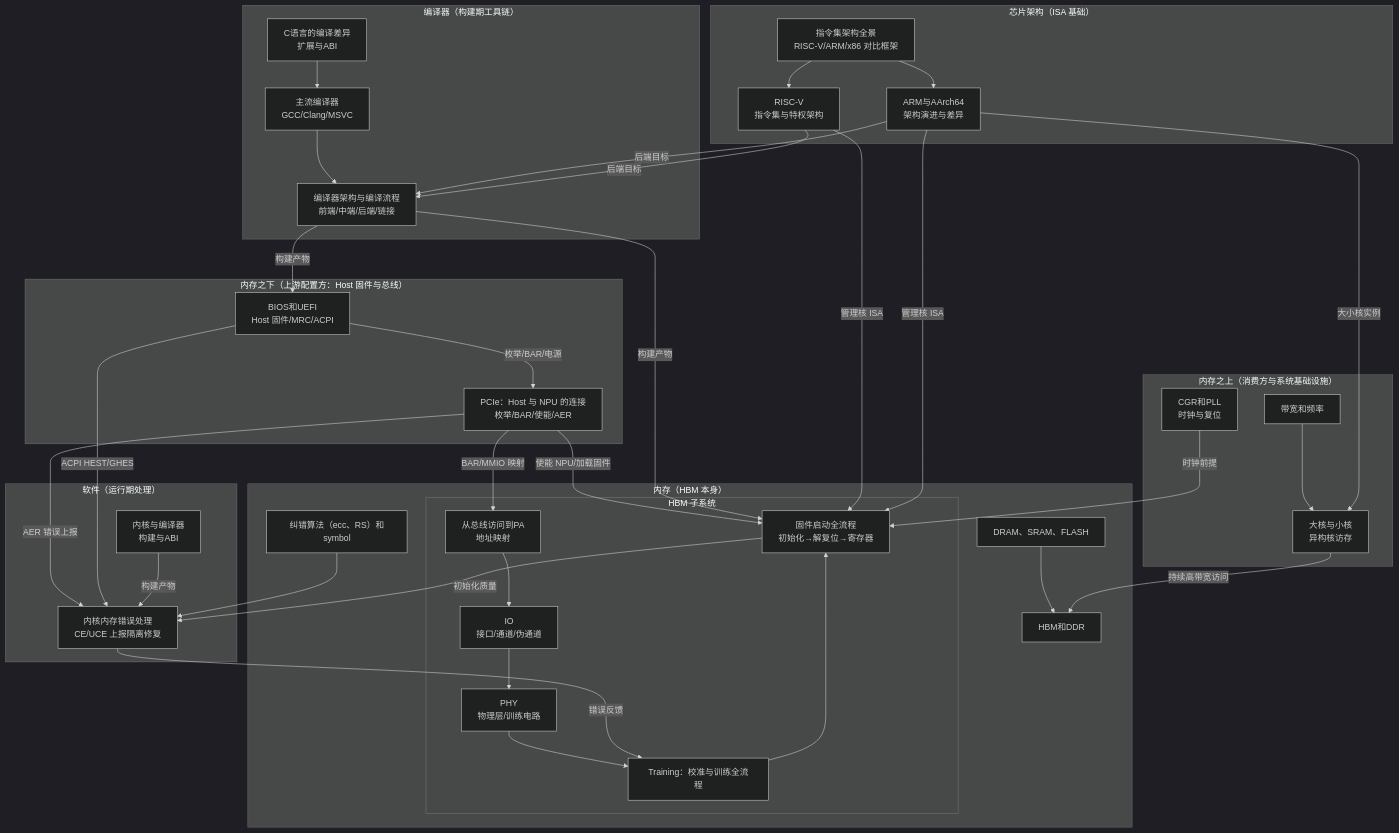
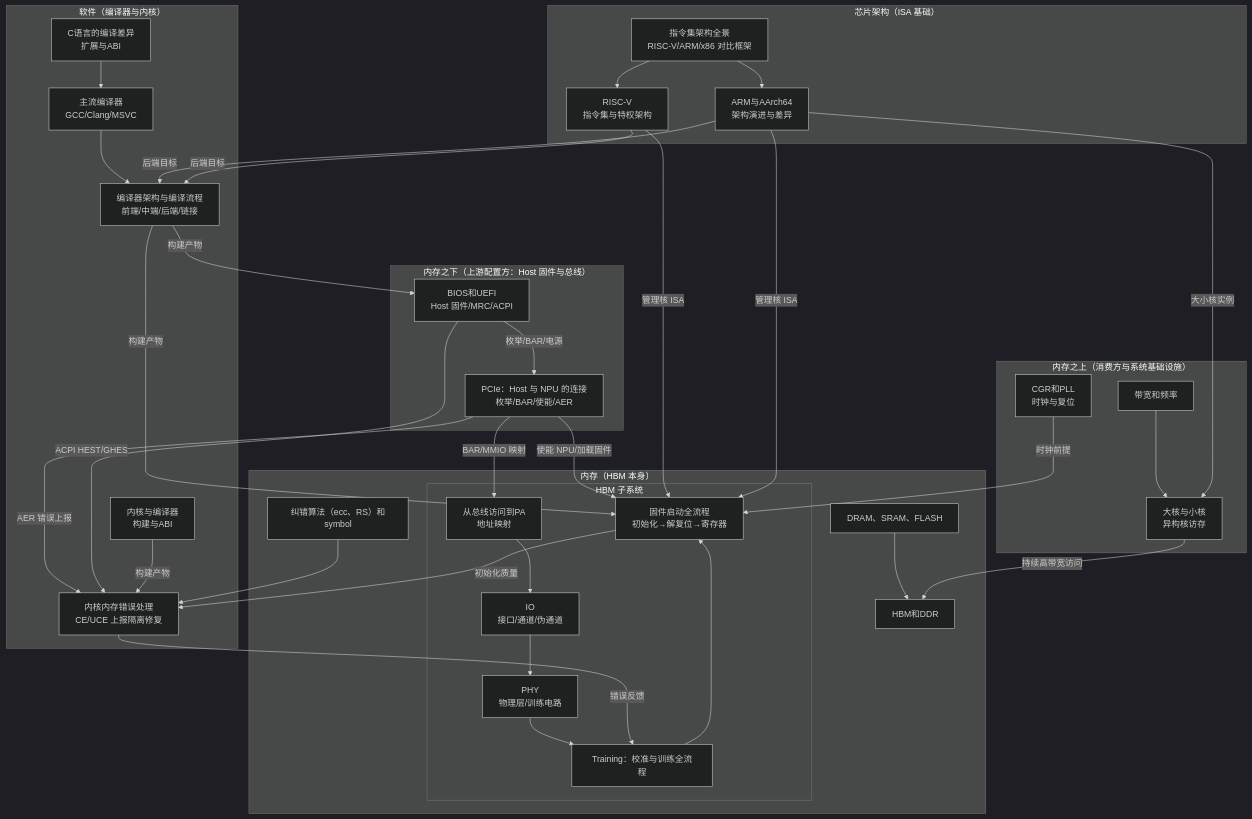
Before and after one commit to CheChc/notes-and-skills: the diagram in notes/计算机系统架构/学习地图.md, drawn with Mermaid (dark theme). The commit also changed other lines of this file and 4 other files, not shown here.

Commit message:
编译器知识迁移至软件/ 分类；更新学习地图与 skill 框架说明

````diff
--- a/notes/计算机系统架构/学习地图.md
+++ b/notes/计算机系统架构/学习地图.md
@@ -23,67 +23,65 @@
 ```mermaid
 graph TD
     subgraph "内存之下（上游配置方：Host 固件与总线）"
         BIOS["BIOS和UEFI<br/>Host 固件/MRC/ACPI"]
         PCIE["PCIe：Host 与 NPU 的连接<br/>枚举/BAR/使能/AER"]
     end
     subgraph "内存（HBM 本身）"
         BASE["DRAM、SRAM、FLASH"]
         ECC["纠错算法（ecc、RS）和symbol"]
         HD["HBM和DDR"]
         subgraph "HBM 子系统"
             IO["IO<br/>接口/通道/伪通道"]
             PHY["PHY<br/>物理层/训练电路"]
             PA["从总线访问到PA<br/>地址映射"]
             BOOT["固件启动全流程<br/>初始化→解复位→寄存器"]
             TR["Training：校准与训练全流程"]
         end
     end
     subgraph "内存之上（消费方与系统基础设施）"
         CGR["CGR和PLL<br/>时钟与复位"]
         BW["带宽和频率"]
         CORE["大核与小核<br/>异构核访存"]
     end
-    subgraph "软件（运行期处理）"
+    subgraph "软件（编译器与内核）"
         KERNEL["内核内存错误处理<br/>CE/UCE 上报隔离修复"]
         KCP["内核与编译器<br/>构建与ABI"]
+        COMP1["编译器架构与编译流程<br/>前端/中端/后端/链接"]
+        COMP2["主流编译器<br/>GCC/Clang/MSVC"]
+        COMP3["C语言的编译差异<br/>扩展与ABI"]
     end
     subgraph "芯片架构（ISA 基础）"
         ISAMAP["指令集架构全景<br/>RISC-V/ARM/x86 对比框架"]
         RV["RISC-V<br/>指令集与特权架构"]
         ARM["ARM与AArch64<br/>架构演进与差异"]
-    end
-    subgraph "编译器（构建期工具链）"
-        COMP1["编译器架构与编译流程<br/>前端/中端/后端/链接"]
-        COMP2["主流编译器<br/>GCC/Clang/MSVC"]
-        COMP3["C语言的编译差异<br/>扩展与ABI"]
     end
 
     BIOS -->|"枚举/BAR/电源"| PCIE
     PCIE -->|"使能 NPU/加载固件"| BOOT
     PCIE -->|"BAR/MMIO 映射"| PA
     PCIE -->|"AER 错误上报"| KERNEL
     BIOS -->|"ACPI HEST/GHES"| KERNEL
     CGR -->|"时钟前提"| BOOT
     BASE --> HD
     ECC --> KERNEL
     IO --> PHY
     PHY --> TR
     TR --> BOOT
     PA --> IO
     BW --> CORE
     CORE -->|"持续高带宽访问"| HD
     BOOT -->|"初始化质量"| KERNEL
     KERNEL -->|"错误反馈"| TR
     KCP -->|"构建产物"| KERNEL
     COMP1 -->|"构建产物"| BOOT
     COMP1 -->|"构建产物"| BIOS
     COMP2 --> COMP1
     COMP3 --> COMP2
     ARM -->|"后端目标"| COMP1
     RV -->|"后端目标"| COMP1
     ISAMAP --> RV
     ISAMAP --> ARM
     ARM -->|"大小核实例"| CORE
     RV -->|"管理核 ISA"| BOOT
     ARM -->|"管理核 ISA"| BOOT
 ```
````
